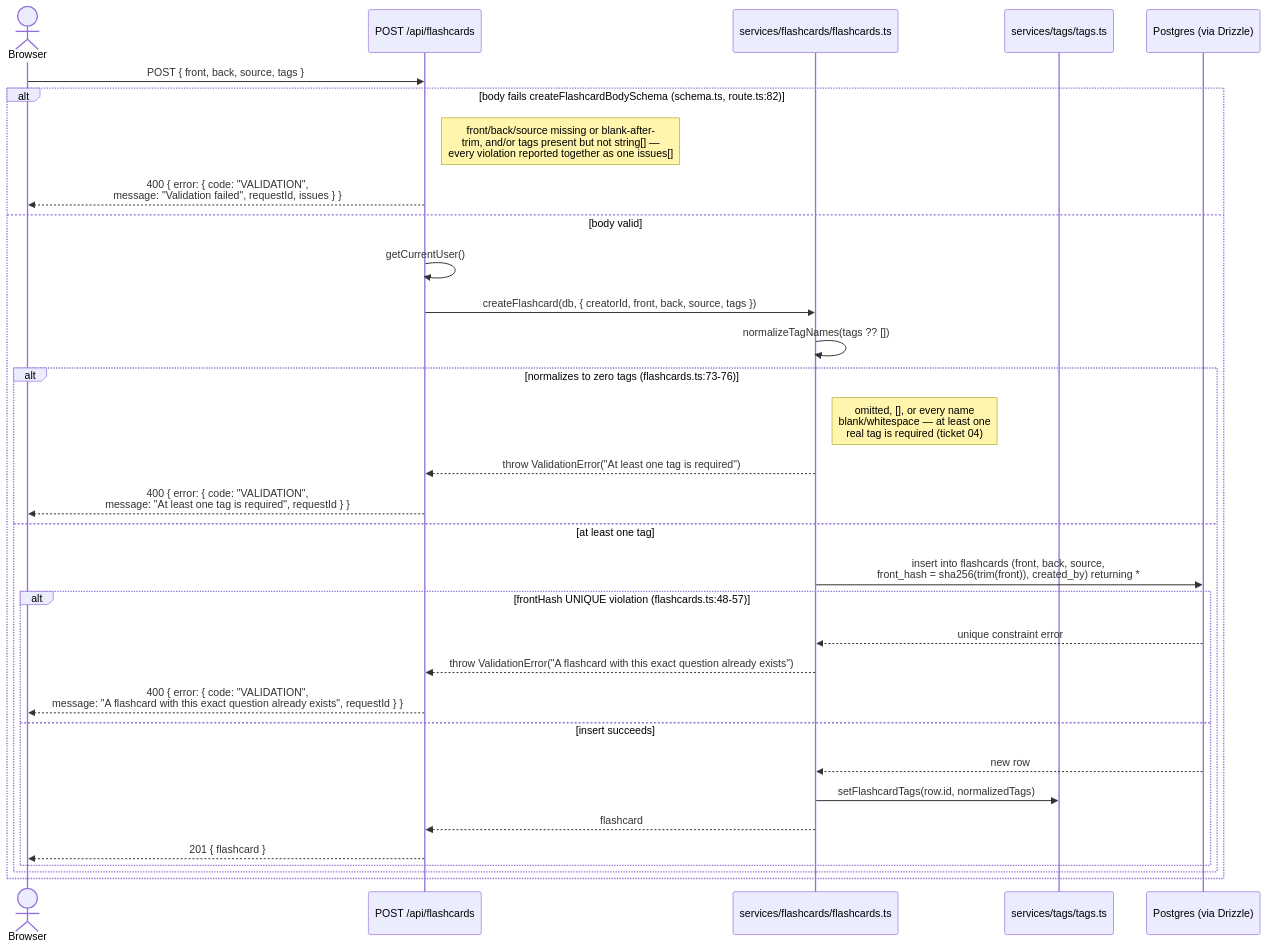
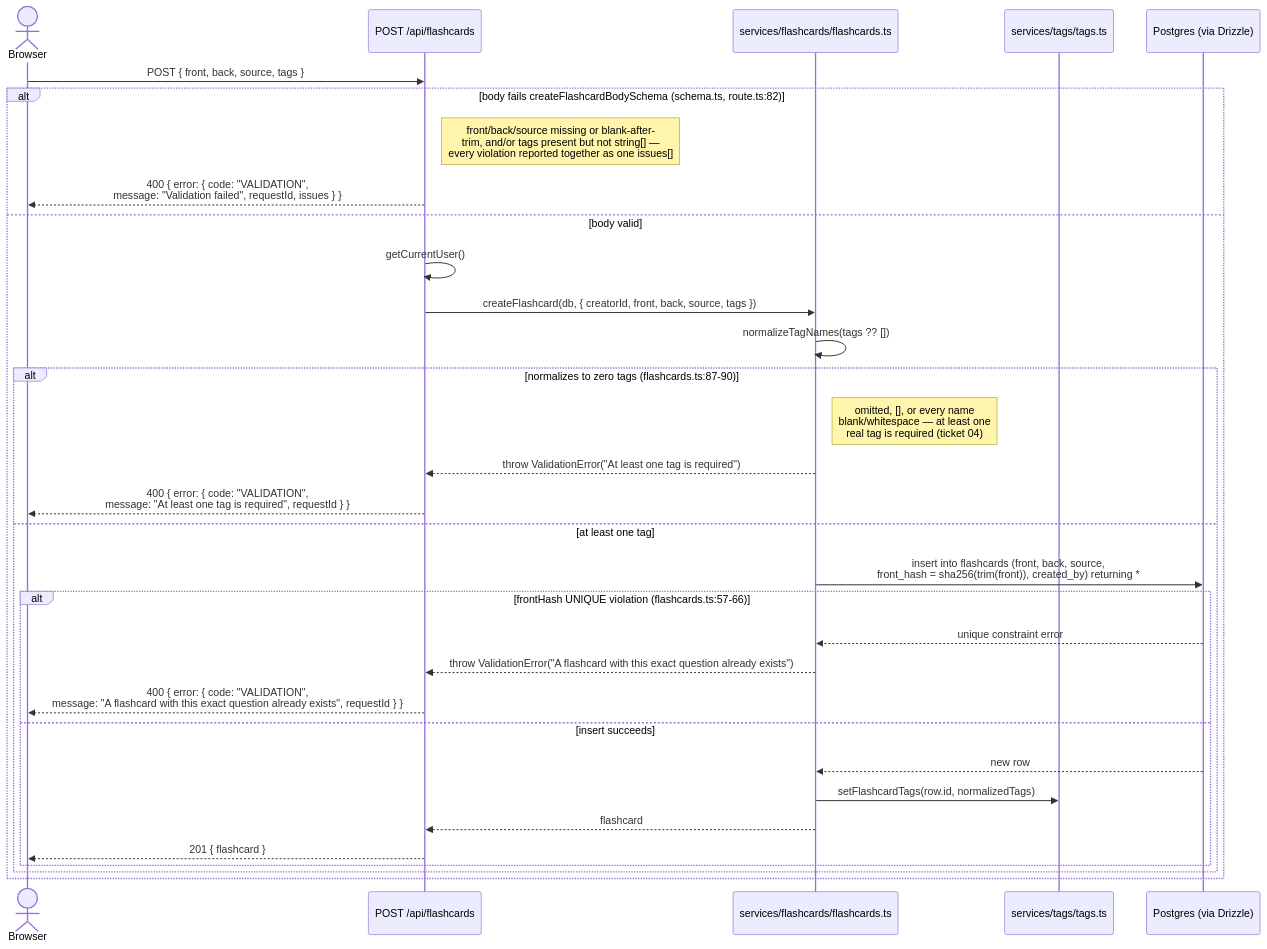
The first of 3 diagrams in docs/flows/flashcard-lifecycle.md (sgspinola/pensieve), drawn with Mermaid before and after one commit. The commit also changed other lines of this file and 43 other files, not shown here.

````diff
--- a/docs/flows/flashcard-lifecycle.md
+++ b/docs/flows/flashcard-lifecycle.md
@@ -44,35 +45,35 @@
 ```mermaid
 sequenceDiagram
     actor Browser
     participant Route as POST /api/flashcards
     participant Svc as services/flashcards/flashcards.ts
     participant TagsSvc as services/tags/tags.ts
     participant DB as Postgres (via Drizzle)
 
     Browser->>Route: POST { front, back, source, tags }
     alt body fails createFlashcardBodySchema (schema.ts, route.ts:82)
         Note right of Route: front/back/source missing or blank-after-<br/>trim, and/or tags present but not string[] —<br/>every violation reported together as one issues[]
         Route-->>Browser: 400 { error: { code: "VALIDATION",<br/>message: "Validation failed", requestId, issues } }
     else body valid
         Route->>Route: getCurrentUser()
         Route->>Svc: createFlashcard(db, { creatorId, front, back, source, tags })
         Svc->>Svc: normalizeTagNames(tags ?? [])
-        alt normalizes to zero tags (flashcards.ts:73-76)
+        alt normalizes to zero tags (flashcards.ts:87-90)
             Note right of Svc: omitted, [], or every name<br/>blank/whitespace — at least one<br/>real tag is required (ticket 04)
             Svc-->>Route: throw ValidationError("At least one tag is required")
             Route-->>Browser: 400 { error: { code: "VALIDATION",<br/>message: "At least one tag is required", requestId } }
         else at least one tag
             Svc->>DB: insert into flashcards (front, back, source,<br/>front_hash = sha256(trim(front)), created_by) returning *
-            alt frontHash UNIQUE violation (flashcards.ts:48-57)
+            alt frontHash UNIQUE violation (flashcards.ts:57-66)
                 DB-->>Svc: unique constraint error
                 Svc-->>Route: throw ValidationError("A flashcard with this exact question already exists")
                 Route-->>Browser: 400 { error: { code: "VALIDATION",<br/>message: "A flashcard with this exact question already exists", requestId } }
             else insert succeeds
                 DB-->>Svc: new row
                 Svc->>TagsSvc: setFlashcardTags(row.id, normalizedTags)
                 Svc-->>Route: flashcard
                 Route-->>Browser: 201 { flashcard }
             end
         end
     end
 ```
````
